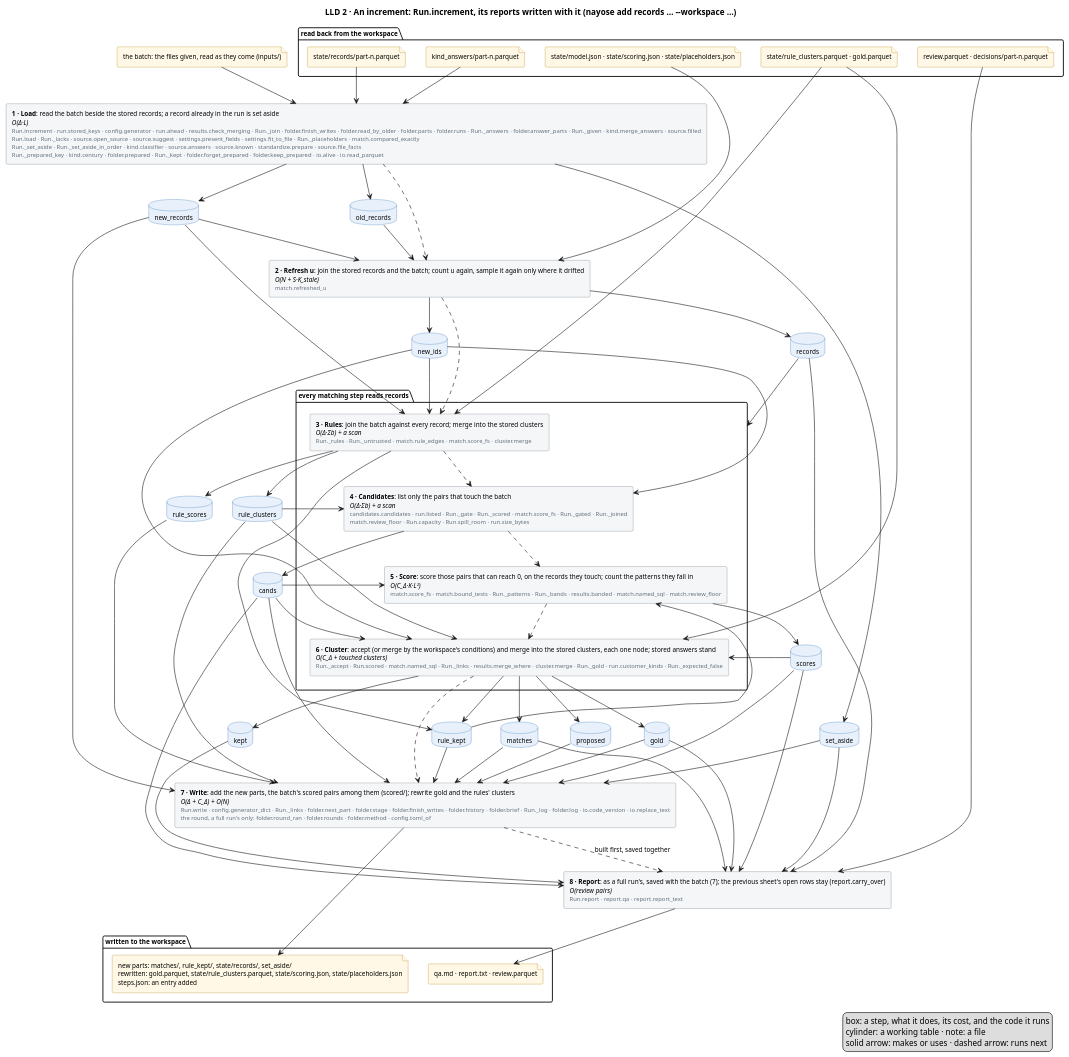
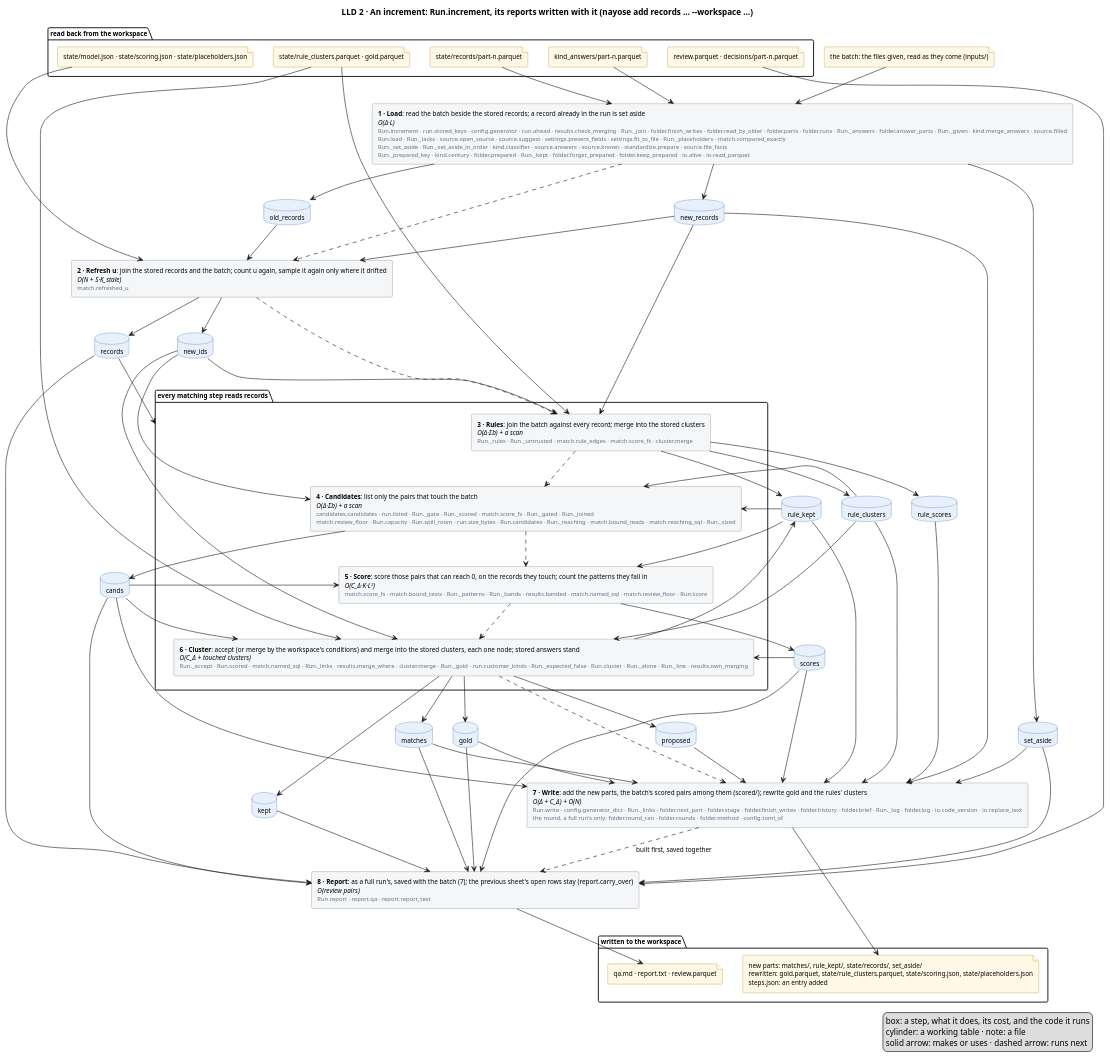
The diagram in docs/diagrams/increment.puml (mvsbm/entity_matching), drawn with PlantUML before and after one commit. The commit also changed 10 other files, not shown here.

First line of the commit message:
One rule each for what merges, a pair the rules left alone and a level's points: an increment runs the full run's candidates, score and cluster steps on the pairs touching its batch, so it scores a slice at a time and lists only the pairs that can reach 0

```diff
--- a/docs/diagrams/increment.puml
+++ b/docs/diagrams/increment.puml
@@ -1,126 +1,127 @@
 @startuml increment
 title LLD 2 · An increment: Run.increment, its reports written with it (nayose add records … ~--workspace …)
 skinparam defaultFontSize 11
 skinparam rectangle {
   BackgroundColor #F4F6F8
   BorderColor #65717E
 }
 skinparam database {
   BackgroundColor #E8F1FB
   BorderColor #2C6DB3
 }
 skinparam file {
   BackgroundColor #FFF8E6
   BorderColor #B07D00
 }
 
 package "read back from the workspace" {
   file "state/model.json · state/scoring.json · state/placeholders.json" as f_model
   file "state/records/part-n.parquet" as f_records
   file "state/rule_clusters.parquet · gold.parquet" as f_clusters
   file "kind_answers/part-n.parquet" as f_answers
   file "review.parquet · decisions/part-n.parquet" as f_sheet
 }
 file "the batch: the files given, read as they come (inputs/)" as f_batch
 
 
 rectangle "<b>1 · Load</b>: read the batch beside the stored records; a record already in the run is set aside\n<i>O(Δ·L)</i>\n<size:10><color:#65717E>Run.increment · run.stored_keys · config.generator · run.ahead · results.check_merging · Run._join · folder.finish_writes · folder.read_by_older · folder.parts · folder.runs · Run._answers · folder.answer_parts · Run._given · kind.merge_answers · source.filled</color></size>\n<size:10><color:#65717E>Run.load · Run._lacks · source.open_source · source.suggest · settings.present_fields · settings.fit_to_file · Run._placeholders · match.compared_exactly</color></size>\n<size:10><color:#65717E>Run._set_aside · Run._set_aside_in_order · kind.classifier · source.answers · source.known · standardize.prepare · source.file_facts</color></size>\n<size:10><color:#65717E>Run._prepared_key · kind.century · folder.prepared · Run._kept · folder.forget_prepared · folder.keep_prepared · io.alive · io.read_parquet</color></size>" as load
 rectangle "<b>2 · Refresh u</b>: join the stored records and the batch; count u again, sample it again only where it drifted\n<i>O(N + S·K_stale)</i>\n<size:10><color:#65717E>match.refreshed_u</color></size>" as fit
 package "every matching step reads records" as matching {
   rectangle "<b>3 · Rules</b>: join the batch against every record; merge into the stored clusters\n<i>O(Δ·Σb) + a scan</i>\n<size:10><color:#65717E>Run._rules · Run._untrusted · match.rule_edges · match.score_fs · cluster.merge</color></size>" as rules
-  rectangle "<b>4 · Candidates</b>: list only the pairs that touch the batch\n<i>O(Δ·Σb) + a scan</i>\n<size:10><color:#65717E>candidates.candidates · run.listed · Run._gate · Run._scored · match.score_fs · Run._gated · Run._joined</color></size>\n<size:10><color:#65717E>match.review_floor · Run.capacity · Run.spill_room · run.size_bytes</color></size>" as candidates
-  rectangle "<b>5 · Score</b>: score those pairs that can reach 0, on the records they touch; count the patterns they fall in\n<i>O(C_Δ·K·L²)</i>\n<size:10><color:#65717E>match.score_fs · match.bound_tests · Run._patterns · Run._bands · results.banded · match.named_sql · match.review_floor</color></size>" as score
-  rectangle "<b>6 · Cluster</b>: accept (or merge by the workspace's conditions) and merge into the stored clusters, each one node; stored answers stand\n<i>O(C_Δ + touched clusters)</i>\n<size:10><color:#65717E>Run._accept · Run.scored · match.named_sql · Run._links · results.merge_where · cluster.merge · Run._gold · run.customer_kinds · Run._expected_false</color></size>" as cluster
+  rectangle "<b>4 · Candidates</b>: list only the pairs that touch the batch\n<i>O(Δ·Σb) + a scan</i>\n<size:10><color:#65717E>candidates.candidates · run.listed · Run._gate · Run._scored · match.score_fs · Run._gated · Run._joined</color></size>\n<size:10><color:#65717E>match.review_floor · Run.capacity · Run.spill_room · run.size_bytes · Run.candidates · Run._reaching · match.bound_reads · match.reaching_sql · Run._sized</color></size>" as candidates
+  rectangle "<b>5 · Score</b>: score those pairs that can reach 0, on the records they touch; count the patterns they fall in\n<i>O(C_Δ·K·L²)</i>\n<size:10><color:#65717E>match.score_fs · match.bound_tests · Run._patterns · Run._bands · results.banded · match.named_sql · match.review_floor · Run.score</color></size>" as score
+  rectangle "<b>6 · Cluster</b>: accept (or merge by the workspace's conditions) and merge into the stored clusters, each one node; stored answers stand\n<i>O(C_Δ + touched clusters)</i>\n<size:10><color:#65717E>Run._accept · Run.scored · match.named_sql · Run._links · results.merge_where · cluster.merge · Run._gold · run.customer_kinds · Run._expected_false · Run.cluster · Run._alone · Run._line · results.own_merging</color></size>" as cluster
 }
 rectangle "<b>7 · Write</b>: add the new parts, the batch's scored pairs among them (scored/); rewrite gold and the rules' clusters\n<i>O(Δ + C_Δ) + O(N)</i>\n<size:10><color:#65717E>Run.write · config.generator_dict · Run._links · folder.next_part · folder.stage · folder.finish_writes · folder.history · folder.brief · Run._log · folder.log · io.code_version · io.replace_text</color></size>\n<size:10><color:#65717E>the round, a full run's only: folder.round_ran · folder.rounds · folder.method · config.toml_of</color></size>" as write
 rectangle "<b>8 · Report</b>: as a full run's, saved with the batch (7); the previous sheet's open rows stay (report.carry_over)\n<i>O(review pairs)</i>\n<size:10><color:#65717E>Run.report · report.qa · report.report_text</color></size>" as report
 database "old_records" as old_records
 database "new_records" as new_records
 database "set_aside" as set_aside
 database "records" as records
 database "new_ids" as new_ids
 database "rule_clusters" as rule_clusters
 database "rule_kept" as rule_kept
 database "cands" as cands
 database "scores" as scores
 database "rule_scores" as rule_scores
 database "matches" as matches
 database "proposed" as proposed
 database "kept" as kept
 database "gold" as gold
 
 package "written to the workspace" {
   file "new parts: matches/, rule_kept/, state/records/, set_aside/\nrewritten: gold.parquet, state/rule_clusters.parquet, state/scoring.json, state/placeholders.json\nsteps.json: an entry added" as f_out
   file "qa.md · report.txt · review.parquet" as f_people
 }
 
 f_batch --> load
 f_records --> load
 f_answers --> load
 f_model --> fit
 f_clusters --> rules
 f_clusters --> cluster
 f_sheet --> report
 
 load ..> fit
 fit ..> rules
 rules ..> candidates
 candidates ..> score
 score ..> cluster
 cluster ..> write
 write ..> report : built first, saved together
 
 load --> old_records
 load --> new_records
 load --> set_aside
 old_records --> fit
 new_records --> fit
 fit --> records
 fit --> new_ids
 records --> matching
 new_records --> rules
 new_ids --> rules
 rules --> rule_clusters
 rules --> rule_kept
 rules --> rule_scores
 rule_scores --> write
 cands --> write
 scores --> write
 new_ids --> candidates
 candidates --> cands
 cands --> score
 score --> scores
 new_ids --> cluster
 rule_clusters --> candidates
 rule_clusters --> cluster
 cands --> cluster
 scores --> cluster
 cluster --> matches
 cluster --> proposed
 cluster --> kept
 cluster --> rule_kept
 kept --> report
 proposed --> write
 cluster --> gold
 new_records --> write
 rule_clusters --> write
 rule_kept --> write
 rule_kept --> score
+rule_kept --> candidates
 matches --> write
 gold --> write
 set_aside --> write
 records --> report
 cands --> report
 scores --> report
 matches --> report
 gold --> report
 set_aside --> report
 
 write --> f_out
 report --> f_people
 legend right
   box: a step, what it does, its cost, and the code it runs
   cylinder: a working table · note: a file
   solid arrow: makes or uses · dashed arrow: runs next
 endlegend
 @enduml
```
